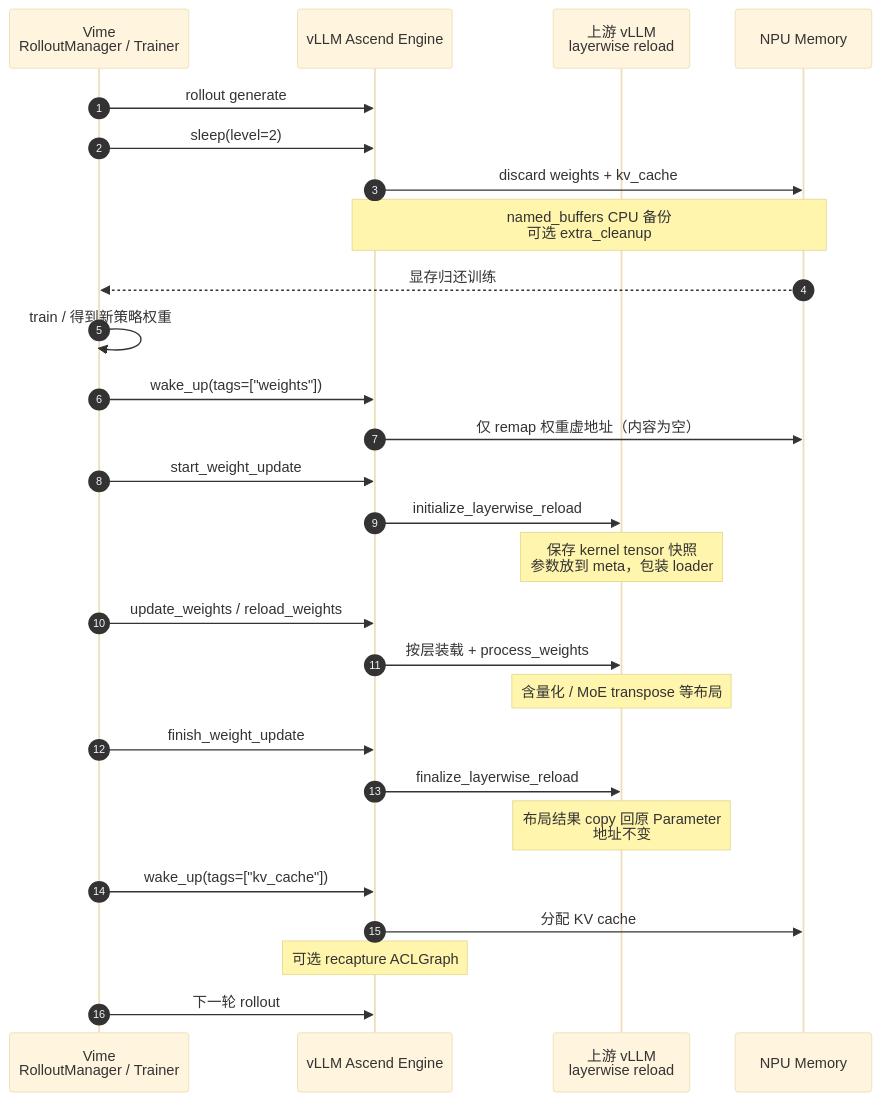
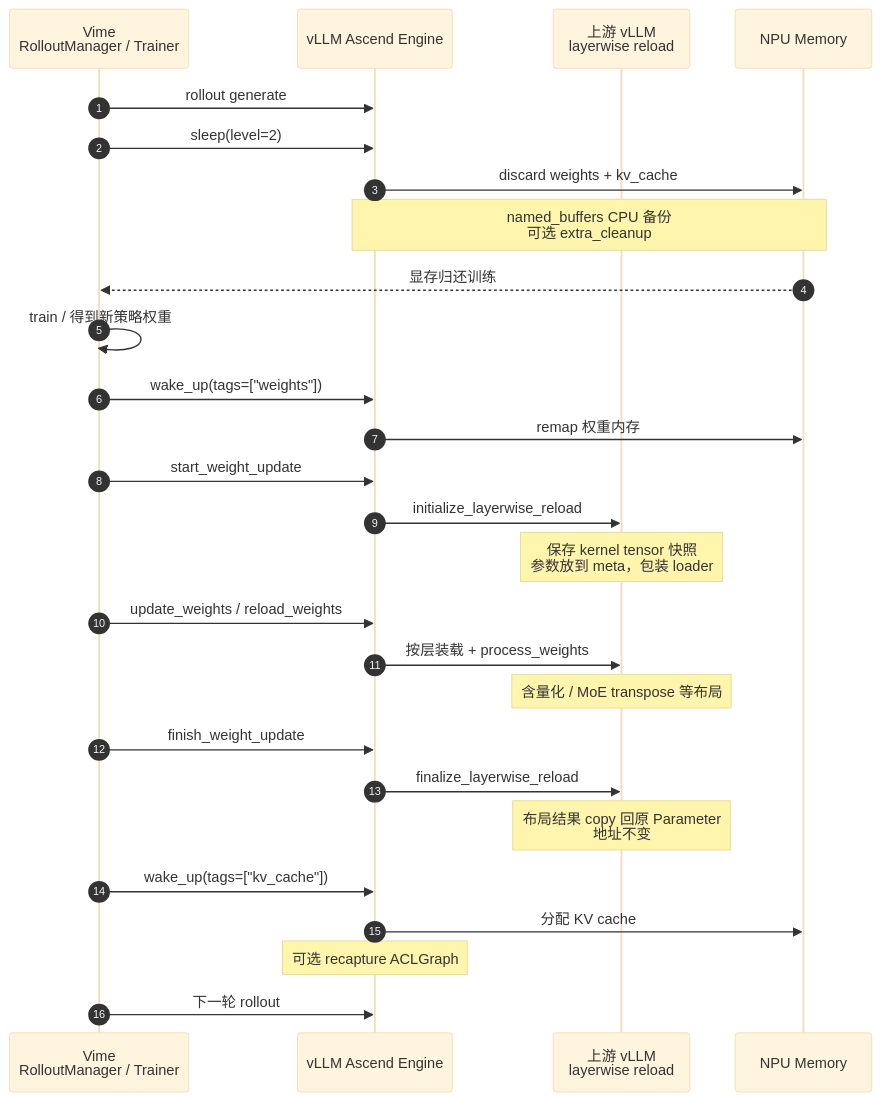
The diagram in docs/source/user_guide/feature_guide/sleep_wakeup.md (yjyang62/vllm-ascend), drawn with Mermaid (base theme) before and after one commit. The commit also changed other lines of this file, not shown here.

````diff
--- a/docs/source/user_guide/feature_guide/sleep_wakeup.md
+++ b/docs/source/user_guide/feature_guide/sleep_wakeup.md
@@ -37,36 +37,36 @@
 ```mermaid
 sequenceDiagram
     autonumber
     participant Vm as Vime<br/>RolloutManager / Trainer
     participant E as vLLM Ascend Engine
     participant U as 上游 vLLM<br/>layerwise reload
     participant N as NPU Memory
 
     Vm->>E: rollout generate
     Vm->>E: sleep(level=2)
     E->>N: discard weights + kv_cache
     Note over E,N: named_buffers CPU 备份<br/>可选 extra_cleanup
     N-->>Vm: 显存归还训练
 
     Vm->>Vm: train / 得到新策略权重
 
     Vm->>E: wake_up(tags=["weights"])
-    E->>N: 仅 remap 权重虚地址（内容为空）
+    E->>N: remap 权重内存
 
     Vm->>E: start_weight_update
     E->>U: initialize_layerwise_reload
     Note over U: 保存 kernel tensor 快照<br/>参数放到 meta，包装 loader
 
     Vm->>E: update_weights / reload_weights
     E->>U: 按层装载 + process_weights
     Note over U: 含量化 / MoE transpose 等布局
 
     Vm->>E: finish_weight_update
     E->>U: finalize_layerwise_reload
     Note over U: 布局结果 copy 回原 Parameter<br/>地址不变
 
     Vm->>E: wake_up(tags=["kv_cache"])
     E->>N: 分配 KV cache
     Note over E: 可选 recapture ACLGraph
     Vm->>E: 下一轮 rollout
 ```
````
